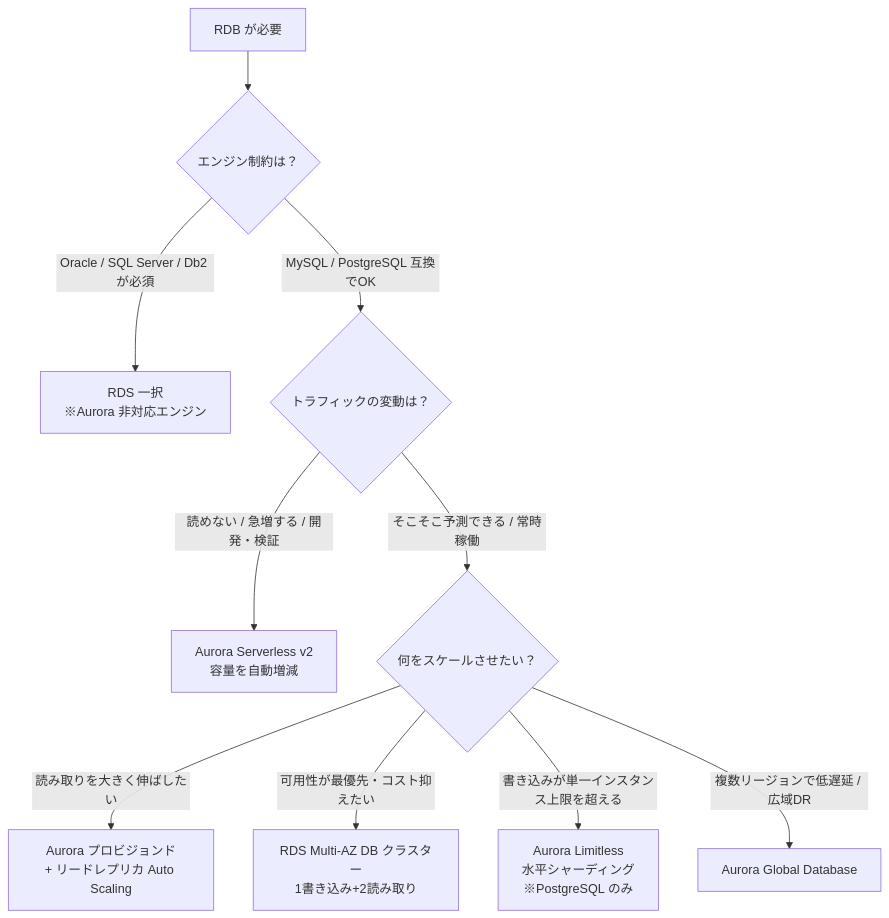
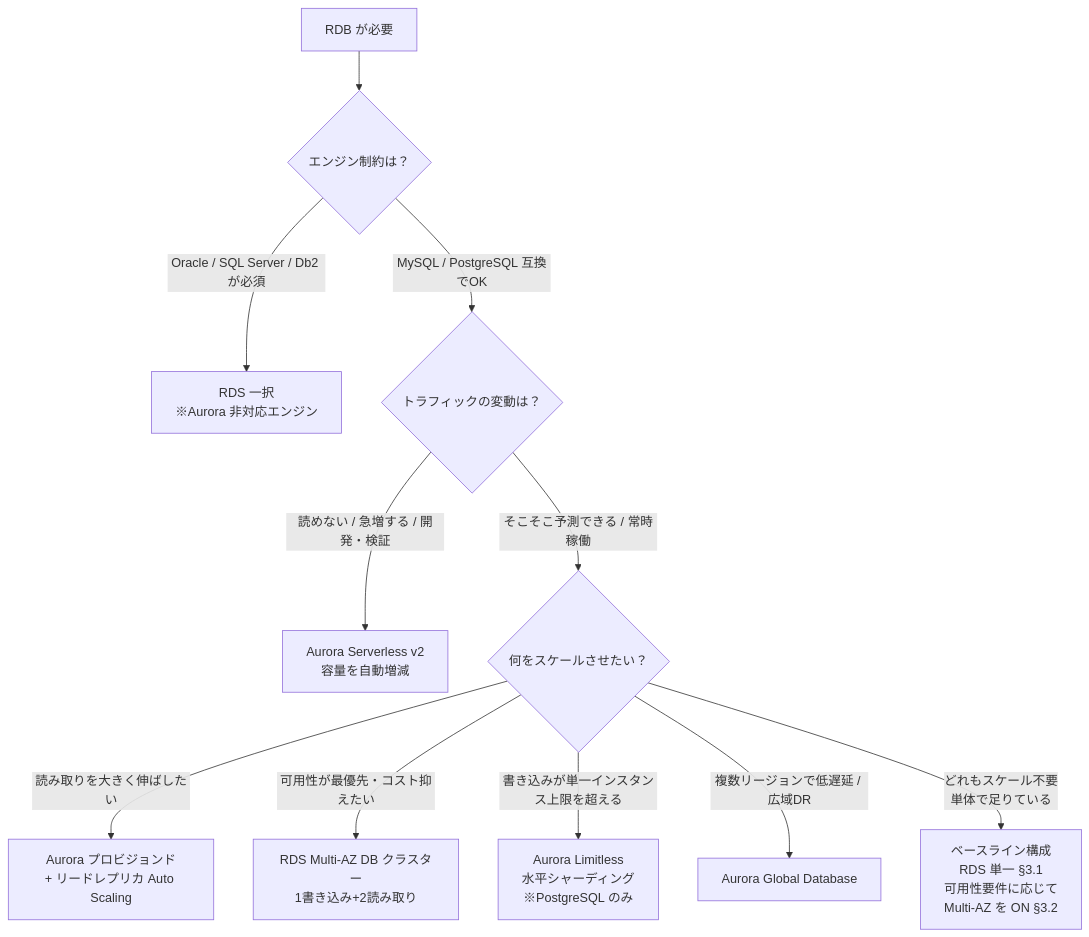
The first of 2 diagrams in docs/aws-infra/aws-rds-options-reference.md (0000masa/react-laravel-practice-public), drawn with Mermaid before and after one commit. The commit also changed other lines of this file and 2 other files, not shown here.

````diff
--- a/docs/aws-infra/aws-rds-options-reference.md
+++ b/docs/aws-infra/aws-rds-options-reference.md
@@ -38,14 +38,15 @@
 ```mermaid
 flowchart TD
     A[RDB が必要] --> B{エンジン制約は？}
     B -->|Oracle / SQL Server / Db2 が必須| RDS_ONLY[RDS 一択<br/>※Aurora 非対応エンジン]
     B -->|MySQL / PostgreSQL 互換でOK| C{トラフィックの変動は？}
 
     C -->|読めない / 急増する / 開発・検証| SLSV2[Aurora Serverless v2<br/>容量を自動増減]
     C -->|そこそこ予測できる / 常時稼働| D{何をスケールさせたい？}
 
     D -->|読み取りを大きく伸ばしたい| AUR[Aurora プロビジョンド<br/>+ リードレプリカ Auto Scaling]
     D -->|可用性が最優先・コスト抑えたい| MAZC[RDS Multi-AZ DB クラスター<br/>1書き込み+2読み取り]
     D -->|書き込みが単一インスタンス上限を超える| LIM[Aurora Limitless<br/>水平シャーディング<br/>※PostgreSQL のみ]
     D -->|複数リージョンで低遅延 / 広域DR| GLOBAL[Aurora Global Database]
+    D -->|どれもスケール不要<br/>単体で足りている| BASE[ベースライン構成<br/>RDS 単一 §3.1<br/>可用性要件に応じて<br/>Multi-AZ を ON §3.2]
 ```
````
